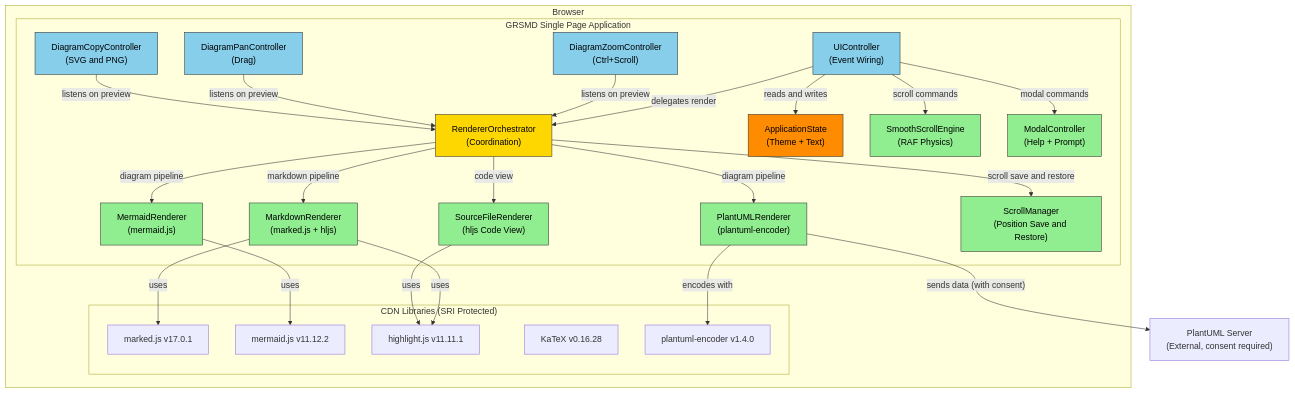
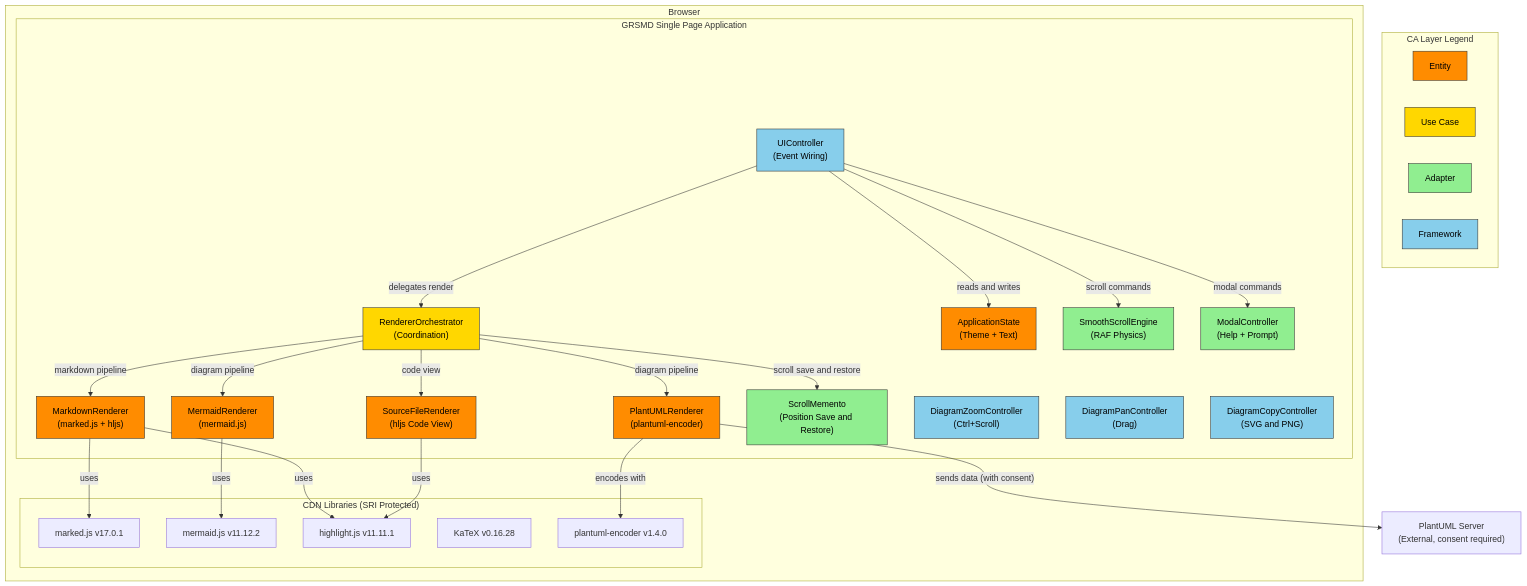
One commit to GoodRelax/gr-simple-md-renderer changed the first of 10 diagrams in spec/grsmd_gen2_spec_ja.md. Above: the diagram before and after it, drawn with Mermaid. The commit also changed other lines of this file and 15 other files, not shown here.

````diff
--- a/spec/grsmd_gen2_spec_ja.md
+++ b/spec/grsmd_gen2_spec_ja.md
@@ -291,52 +293,57 @@
 ```mermaid
 graph TB
+    subgraph Legend["CA Layer Legend"]
+        direction LR
+        L_E["Entity"]:::entity
+        L_U["Use Case"]:::usecase
+        L_A["Adapter"]:::adapter
+        L_F["Framework"]:::framework
+    end
+
     subgraph Browser
         subgraph GRSMD_SPA["GRSMD Single Page Application"]
             UI["UIController<br/>(Event Wiring)"]:::framework
             ORCH["RendererOrchestrator<br/>(Coordination)"]:::usecase
             STATE["ApplicationState<br/>(Theme + Text)"]:::entity
-            MD["MarkdownRenderer<br/>(marked.js + hljs)"]:::adapter
-            MERM["MermaidRenderer<br/>(mermaid.js)"]:::adapter
-            PUML["PlantUMLRenderer<br/>(plantuml-encoder)"]:::adapter
-            SRC["SourceFileRenderer<br/>(hljs Code View)"]:::adapter
+            MD["MarkdownRenderer<br/>(marked.js + hljs)"]:::entity
+            MERM["MermaidRenderer<br/>(mermaid.js)"]:::entity
+            PUML["PlantUMLRenderer<br/>(plantuml-encoder)"]:::entity
+            SRC["SourceFileRenderer<br/>(hljs Code View)"]:::entity
             SCROLL["SmoothScrollEngine<br/>(RAF Physics)"]:::adapter
-            SMGR["ScrollManager<br/>(Position Save and Restore)"]:::adapter
+            SMGR["ScrollMemento<br/>(Position Save and Restore)"]:::adapter
             MODAL["ModalController<br/>(Help + Prompt)"]:::adapter
             ZOOM["DiagramZoomController<br/>(Ctrl+Scroll)"]:::framework
             PAN["DiagramPanController<br/>(Drag)"]:::framework
             COPY["DiagramCopyController<br/>(SVG and PNG)"]:::framework
         end
         subgraph CDN_Libs["CDN Libraries (SRI Protected)"]
             MARKED["marked.js v17.0.1"]
             MERMAIDJS["mermaid.js v11.12.2"]
             HLJS["highlight.js v11.11.1"]
             KATEX["KaTeX v0.16.28"]
             PUMLENC["plantuml-encoder v1.4.0"]
         end
     end
     PUML_SERVER["PlantUML Server<br/>(External, consent required)"]
 
     UI -->|"delegates render"| ORCH
     UI -->|"reads and writes"| STATE
     UI -->|"scroll commands"| SCROLL
     UI -->|"modal commands"| MODAL
     ORCH -->|"markdown pipeline"| MD
     ORCH -->|"diagram pipeline"| MERM
     ORCH -->|"diagram pipeline"| PUML
     ORCH -->|"code view"| SRC
     ORCH -->|"scroll save and restore"| SMGR
     MD -->|"uses"| MARKED
     MD -->|"uses"| HLJS
     MERM -->|"uses"| MERMAIDJS
     SRC -->|"uses"| HLJS
     PUML -->|"encodes with"| PUMLENC
     PUML -->|"sends data (with consent)"| PUML_SERVER
-    ZOOM -->|"listens on preview"| ORCH
-    PAN -->|"listens on preview"| ORCH
-    COPY -->|"listens on preview"| ORCH
 
     classDef entity fill:#FF8C00,stroke:#333,color:#000
     classDef usecase fill:#FFD700,stroke:#333,color:#000
     classDef adapter fill:#90EE90,stroke:#333,color:#000
     classDef framework fill:#87CEEB,stroke:#333,color:#000
 ```
````
